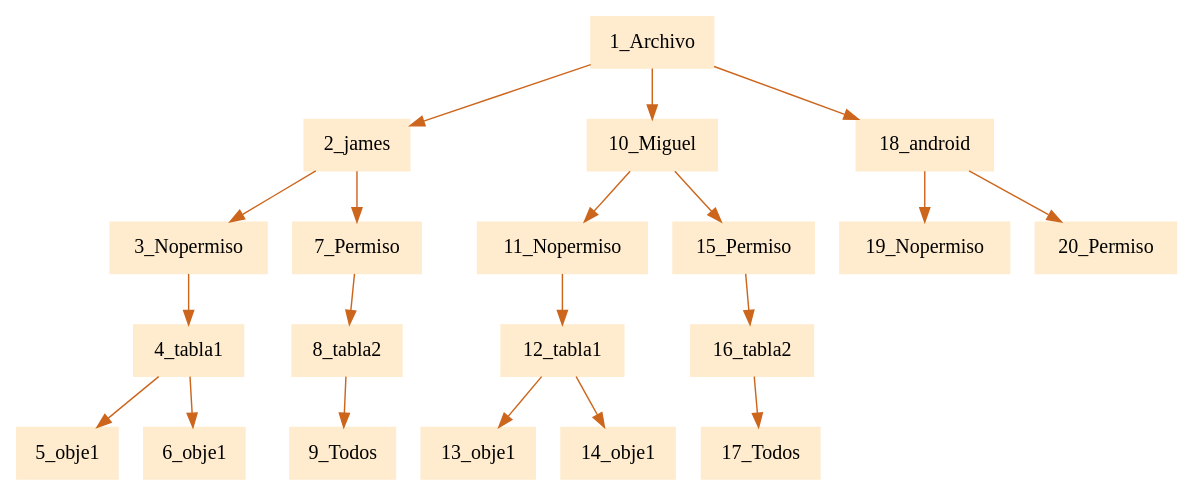
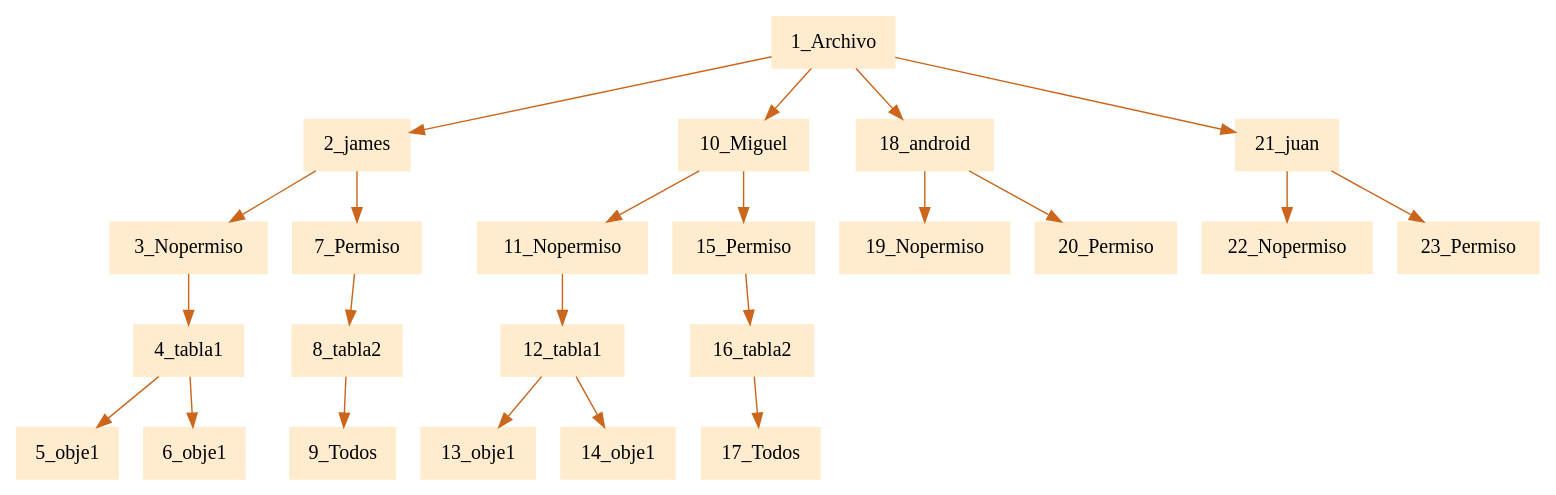
One commit to JamesMelgar/compi2javaccpr1 changed the diagram in pr1Compilarodores2/usu.dot. Above: the diagram before and after it, drawn with Graphviz. The commit also changed 20 other files, not shown here.

```diff
--- a/pr1Compilarodores2/usu.dot
+++ b/pr1Compilarodores2/usu.dot
@@ -1,5 +1,5 @@
 digraph G {node[shape=box, style=filled, color=blanchedalmond]; edge[color=chocolate3];rankdir=UD 
 
-"1_Archivo"->"2_james""2_james"->"3_Nopermiso""3_Nopermiso"->"4_tabla1""4_tabla1"->"5_obje1""4_tabla1"->"6_obje1""2_james"->"7_Permiso""7_Permiso"->"8_tabla2""8_tabla2"->"9_Todos""1_Archivo"->"10_Miguel""10_Miguel"->"11_Nopermiso""11_Nopermiso"->"12_tabla1""12_tabla1"->"13_obje1""12_tabla1"->"14_obje1""10_Miguel"->"15_Permiso""15_Permiso"->"16_tabla2""16_tabla2"->"17_Todos""1_Archivo"->"18_android""18_android"->"19_Nopermiso""18_android"->"20_Permiso"
+"1_Archivo"->"2_james""2_james"->"3_Nopermiso""3_Nopermiso"->"4_tabla1""4_tabla1"->"5_obje1""4_tabla1"->"6_obje1""2_james"->"7_Permiso""7_Permiso"->"8_tabla2""8_tabla2"->"9_Todos""1_Archivo"->"10_Miguel""10_Miguel"->"11_Nopermiso""11_Nopermiso"->"12_tabla1""12_tabla1"->"13_obje1""12_tabla1"->"14_obje1""10_Miguel"->"15_Permiso""15_Permiso"->"16_tabla2""16_tabla2"->"17_Todos""1_Archivo"->"18_android""18_android"->"19_Nopermiso""18_android"->"20_Permiso""1_Archivo"->"21_juan""21_juan"->"22_Nopermiso""21_juan"->"23_Permiso"
 
 }
```
